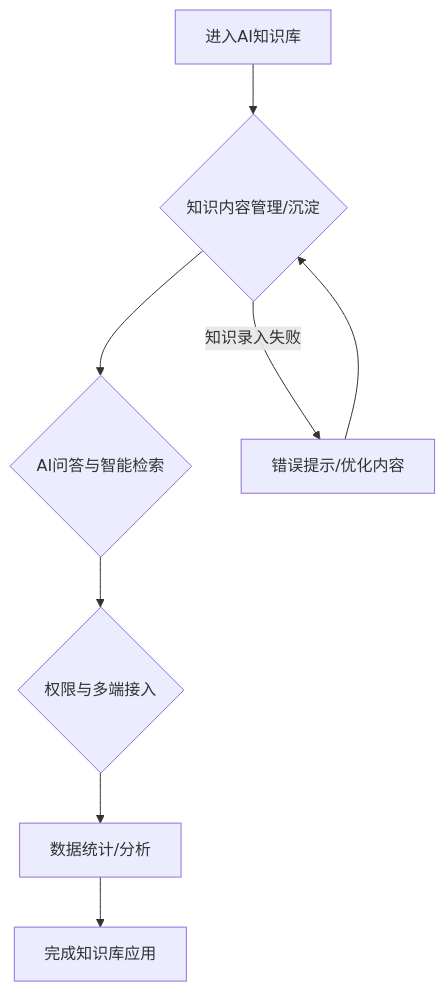
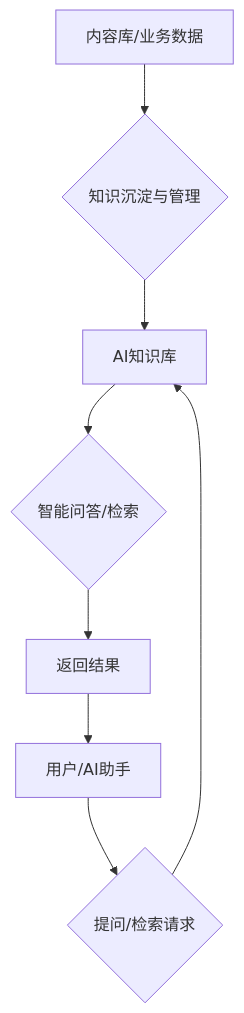
One commit to fnvtk/cunkebao_doc changed the diagram in 4、前端/前端-中台AI知识库功能.md. Above: the diagram before and after it, drawn with Mermaid. The commit also changed other lines of this file and 38 other files, not shown here.

Commit message:
feat: Add flowcharts and UI references to all frontend documentation

````diff
--- a/4、前端/前端-中台AI知识库功能.md
+++ b/4、前端/前端-中台AI知识库功能.md
@@ -8,10 +10,10 @@
 ```mermaid
 graph TD
-    A[进入AI知识库] --> B{知识内容管理/沉淀};
-    B --> C{AI问答与智能检索};
-    C --> D{权限与多端接入};
-    D --> E[数据统计/分析];
-    E --> F[完成知识库应用];
-    B -- 知识录入失败 --> G[错误提示/优化内容];
-    G --> B;
+    A[内容库/业务数据] --> B{知识沉淀与管理};
+    B --> C[AI知识库];
+    D[用户/AI助手] --> E{提问/检索请求};
+    E --> C;
+    C --> F{智能问答/检索};
+    F --> G[返回结果];
+    G --> D;
 ```
````
